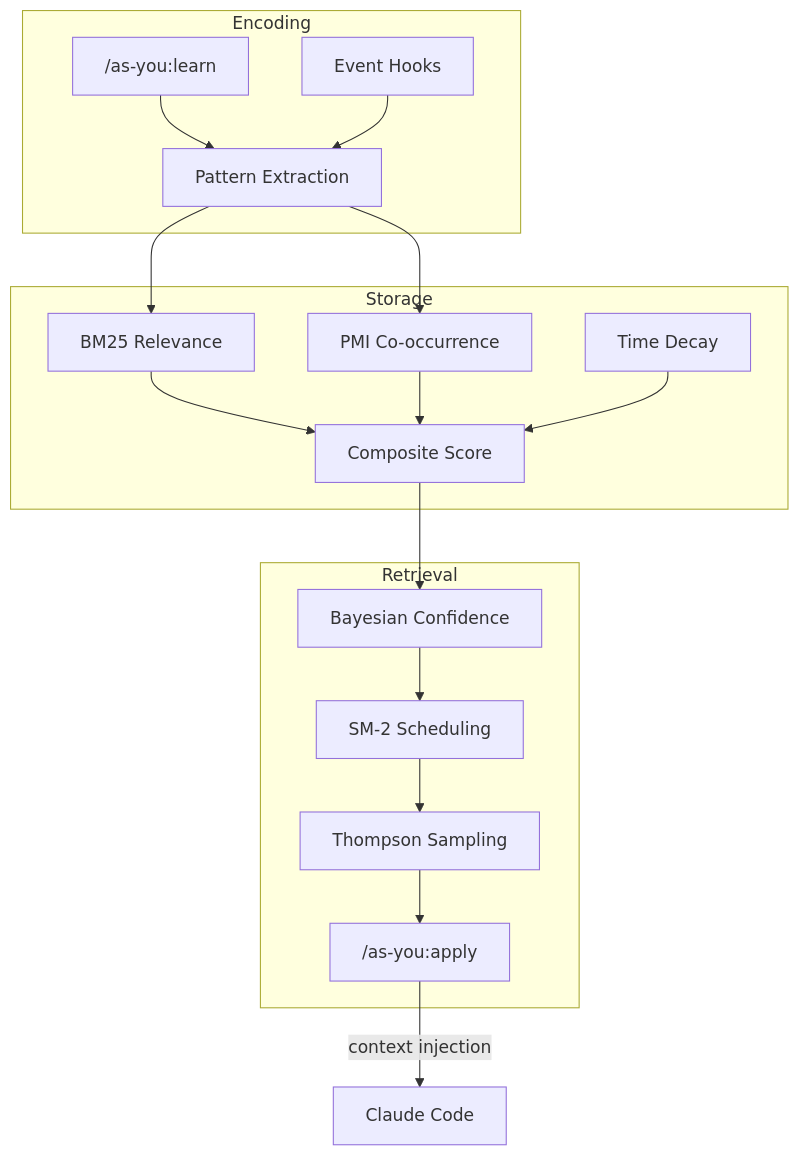
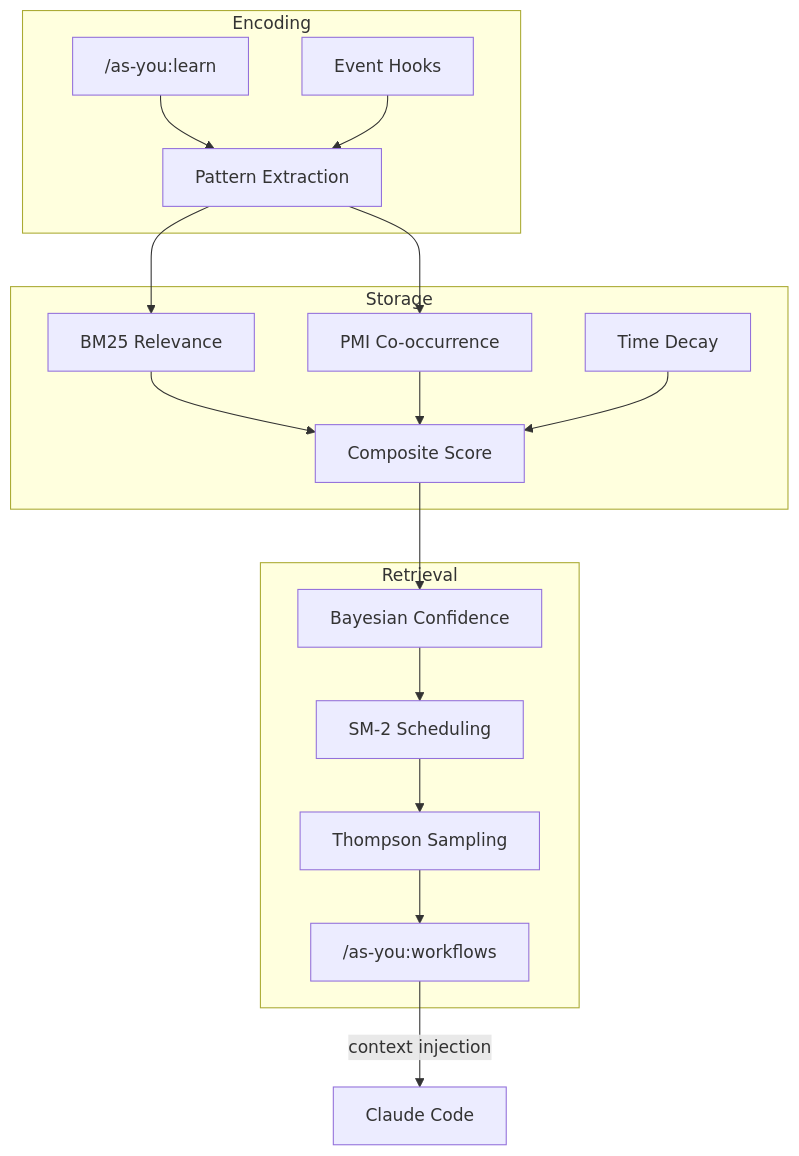
Before and after one commit to h315uk3/symbiosis: the diagram in plugins/as-you/docs/technical-overview.md, drawn with Mermaid. The commit also changed other lines of this file and 4 other files, not shown here.

````diff
--- a/plugins/as-you/docs/technical-overview.md
+++ b/plugins/as-you/docs/technical-overview.md
@@ -24,35 +24,35 @@
 ```mermaid
 graph TD
     subgraph "Encoding"
         Learn["/as-you:learn"]
         Hook[Event Hooks]
         Extract[Pattern Extraction]
     end
 
     subgraph "Storage"
         BM25[BM25 Relevance]
         PMI[PMI Co-occurrence]
         Decay[Time Decay]
         Composite[Composite Score]
     end
 
     subgraph "Retrieval"
         Bayesian[Bayesian Confidence]
         SM2[SM-2 Scheduling]
         Thompson[Thompson Sampling]
-        Apply["/as-you:apply"]
+        Apply["/as-you:workflows"]
     end
 
     Learn --> Extract
     Hook --> Extract
     Extract --> BM25
     Extract --> PMI
     BM25 --> Composite
     PMI --> Composite
     Decay --> Composite
     Composite --> Bayesian
     Bayesian --> SM2
     SM2 --> Thompson
     Thompson --> Apply
     Apply -->|context injection| LLM[Claude Code]
 ```
````
